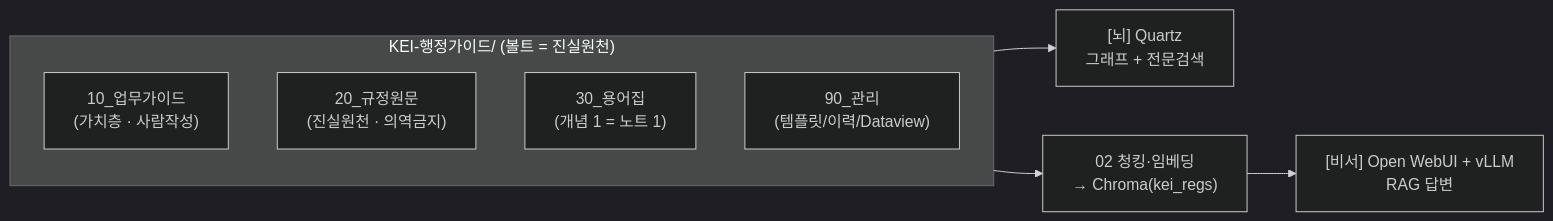
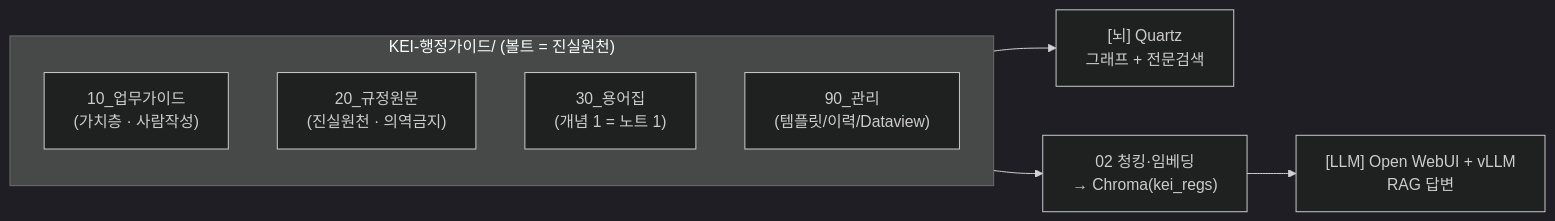
One commit to mooner92/KEIAdminSuperv changed the first of 3 diagrams in docs/03-content-model.md. Above: the diagram before and after it, drawn with Mermaid (dark theme). The commit also changed other lines of this file and 91 other files, not shown here.

````diff
--- a/docs/03-content-model.md
+++ b/docs/03-content-model.md
@@ -13,13 +13,13 @@
 ```mermaid
 flowchart LR
   subgraph V["KEI-행정가이드/ (볼트 = 진실원천)"]
     direction TB
     L10["10_업무가이드<br/>(가치층 · 사람작성)"]
     L20["20_규정원문<br/>(진실원천 · 의역금지)"]
     L30["30_용어집<br/>(개념 1 = 노트 1)"]
     L90["90_관리<br/>(템플릿/이력/Dataview)"]
   end
   V --> Q["[뇌] Quartz<br/>그래프 + 전문검색"]
   V --> C["02 청킹·임베딩<br/>→ Chroma(kei_regs)"]
-  C --> R["[비서] Open WebUI + vLLM<br/>RAG 답변"]
+  C --> R["[LLM] Open WebUI + vLLM<br/>RAG 답변"]
 ```
````
